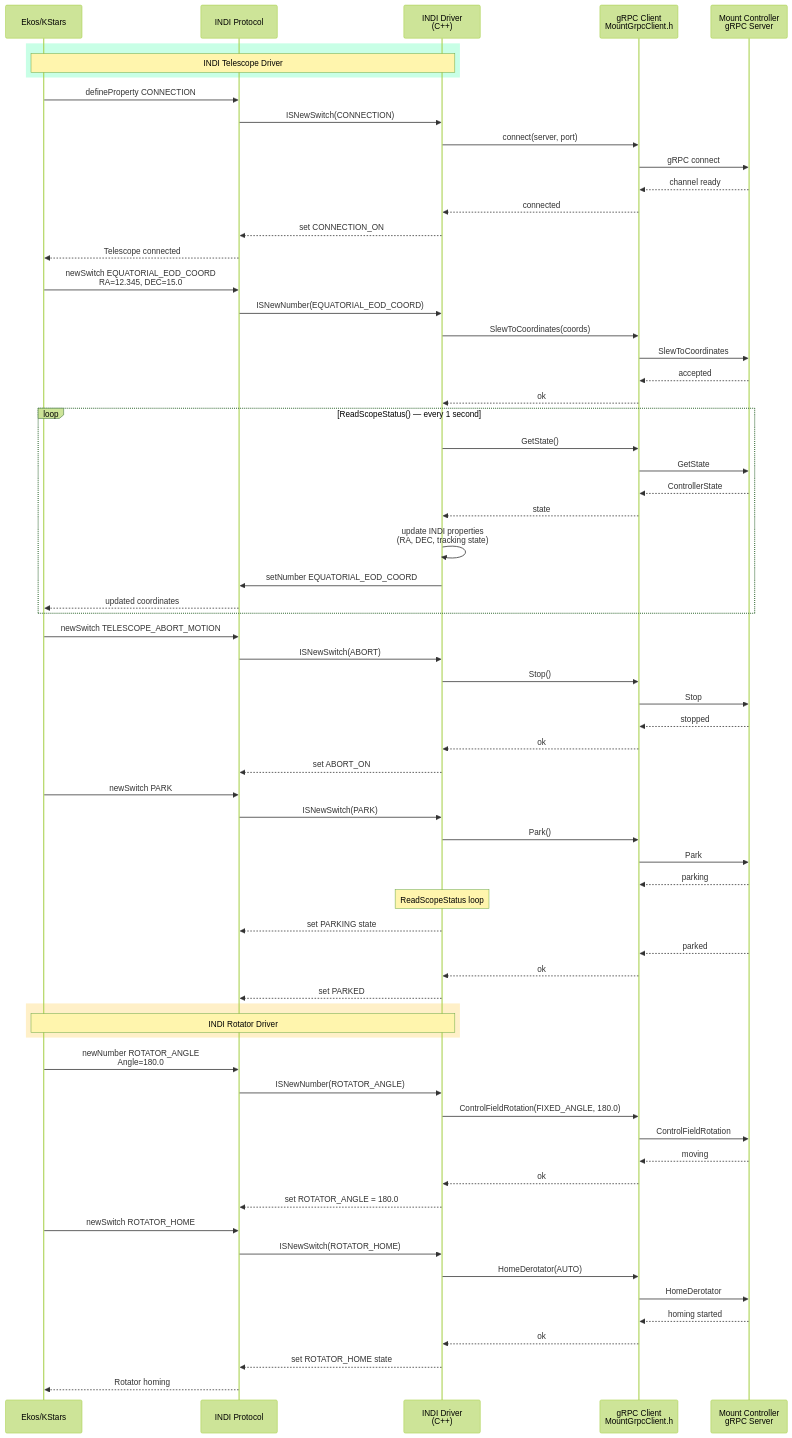
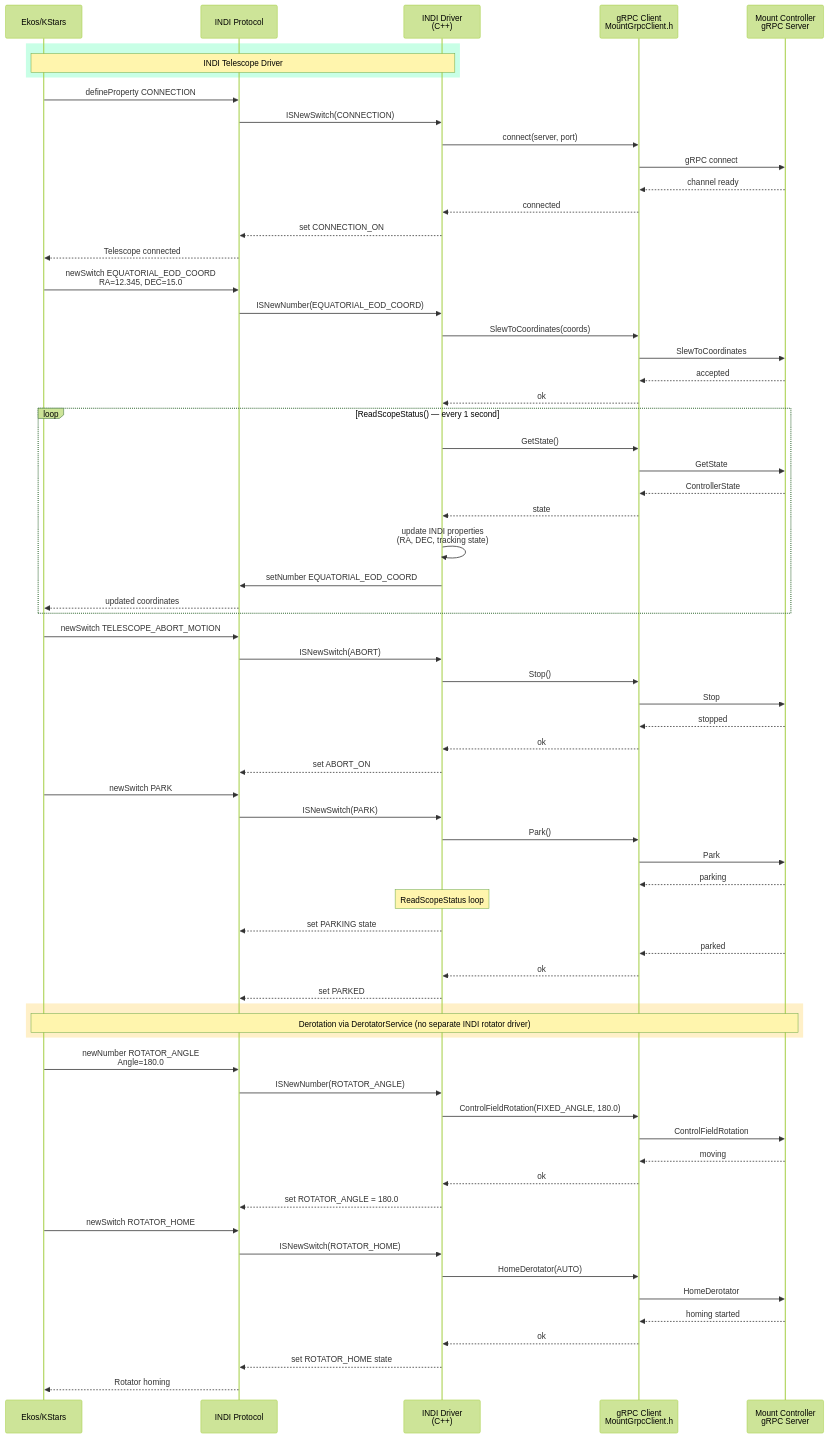
Diagram 13 of 14 in docs/en/data_flow.md (pielaszkiewicz-jacek/astro_mount_control), drawn with Mermaid (forest theme) before and after one commit. The commit also changed other lines of this file and 12 other files, not shown here.

````diff
--- a/docs/en/data_flow.md
+++ b/docs/en/data_flow.md
@@ -698,78 +698,78 @@
 ```mermaid
 sequenceDiagram
     participant Ekos as Ekos/KStars
     participant INDI as INDI Protocol
     participant Driver as INDI Driver<br/>(C++)
     participant gRPC as gRPC Client<br/>MountGrpcClient.h
     participant Server as Mount Controller<br/>gRPC Server
 
     rect rgb(200, 255, 230)
         Note over Ekos,Driver: INDI Telescope Driver
     end
 
     Ekos->>INDI: defineProperty CONNECTION
     INDI->>Driver: ISNewSwitch(CONNECTION)
     Driver->>gRPC: connect(server, port)
     gRPC->>Server: gRPC connect
     Server-->>gRPC: channel ready
     gRPC-->>Driver: connected
     Driver-->>INDI: set CONNECTION_ON
     INDI-->>Ekos: Telescope connected
 
     Ekos->>INDI: newSwitch EQUATORIAL_EOD_COORD<br/>RA=12.345, DEC=15.0
     INDI->>Driver: ISNewNumber(EQUATORIAL_EOD_COORD)
     Driver->>gRPC: SlewToCoordinates(coords)
     gRPC->>Server: SlewToCoordinates
     Server-->>gRPC: accepted
     gRPC-->>Driver: ok
 
     loop ReadScopeStatus() — every 1 second
         Driver->>gRPC: GetState()
         gRPC->>Server: GetState
         Server-->>gRPC: ControllerState
         gRPC-->>Driver: state
         Driver->>Driver: update INDI properties<br/>(RA, DEC, tracking state)
         Driver->>INDI: setNumber EQUATORIAL_EOD_COORD
         INDI-->>Ekos: updated coordinates
     end
 
     Ekos->>INDI: newSwitch TELESCOPE_ABORT_MOTION
     INDI->>Driver: ISNewSwitch(ABORT)
     Driver->>gRPC: Stop()
     gRPC->>Server: Stop
     Server-->>gRPC: stopped
     gRPC-->>Driver: ok
     Driver-->>INDI: set ABORT_ON
 
     Ekos->>INDI: newSwitch PARK
     INDI->>Driver: ISNewSwitch(PARK)
     Driver->>gRPC: Park()
     gRPC->>Server: Park
     Server-->>gRPC: parking
     Note over Driver: ReadScopeStatus loop
         Driver-->>INDI: set PARKING state
     Server-->>gRPC: parked
     gRPC-->>Driver: ok
     Driver-->>INDI: set PARKED
 
     rect rgb(255, 240, 200)
-        Note over Ekos,Driver: INDI Rotator Driver
+        Note over Ekos,Server: Derotation via DerotatorService (no separate INDI rotator driver)
     end
 
     Ekos->>INDI: newNumber ROTATOR_ANGLE<br/>Angle=180.0
     INDI->>Driver: ISNewNumber(ROTATOR_ANGLE)
     Driver->>gRPC: ControlFieldRotation(FIXED_ANGLE, 180.0)
     gRPC->>Server: ControlFieldRotation
     Server-->>gRPC: moving
     gRPC-->>Driver: ok
     Driver-->>INDI: set ROTATOR_ANGLE = 180.0
 
     Ekos->>INDI: newSwitch ROTATOR_HOME
     INDI->>Driver: ISNewSwitch(ROTATOR_HOME)
     Driver->>gRPC: HomeDerotator(AUTO)
     gRPC->>Server: HomeDerotator
     Server-->>gRPC: homing started
     gRPC-->>Driver: ok
     Driver-->>INDI: set ROTATOR_HOME state
     INDI-->>Ekos: Rotator homing
 ```
````
